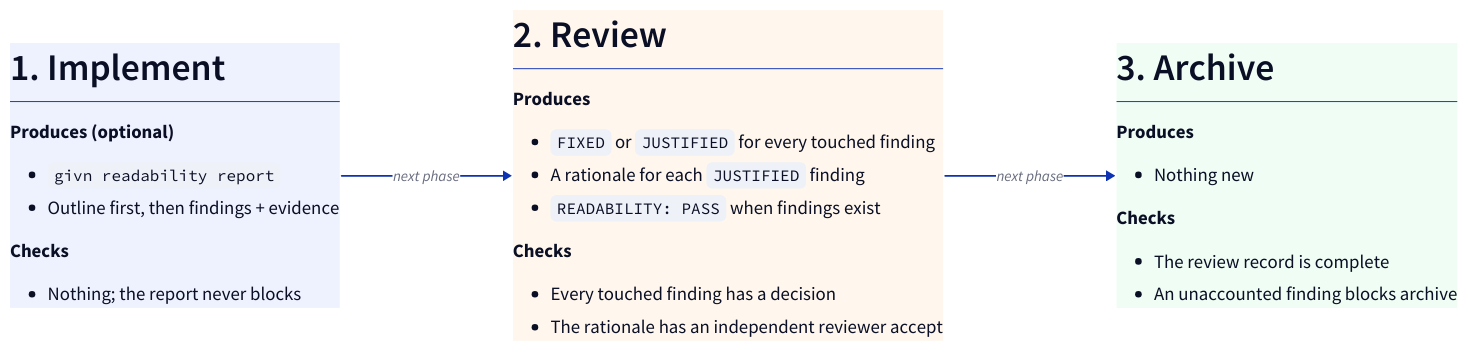
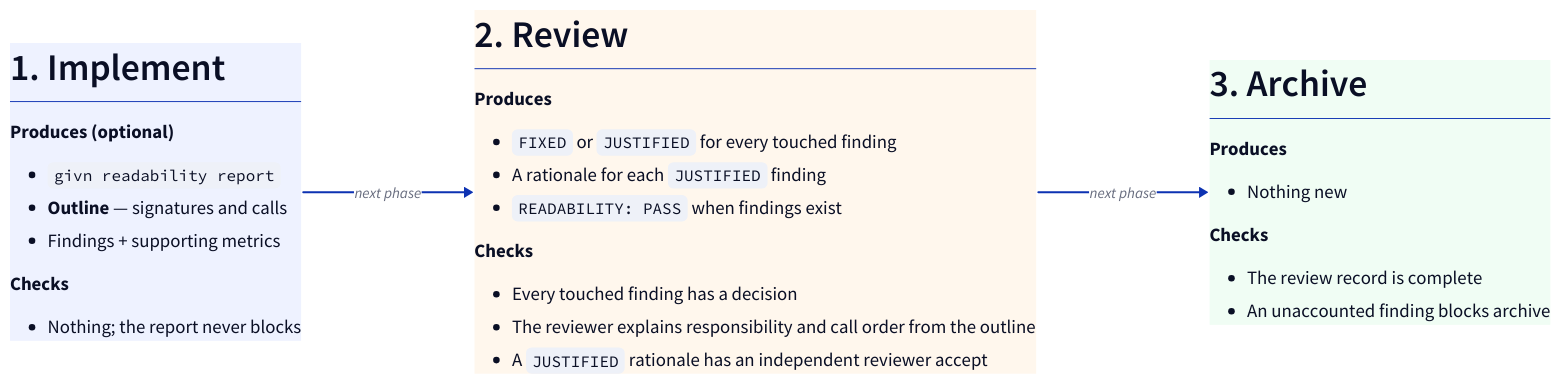
The diagram in docs/readability-workflow.d2 (buster/givn), drawn with D2 before and after one commit. The commit also changed 3 other files, not shown here.

```diff
--- a/docs/readability-workflow.d2
+++ b/docs/readability-workflow.d2
@@ -1,61 +1,63 @@
 direction: right
 
 
 implement: |md
   # 1. Implement
 
   **Produces (optional)**
 
   - `givn readability report`
-  - Outline first, then findings + evidence
+  - **Outline** — signatures and calls
+  - Findings + supporting metrics
 
   **Checks**
 
   - Nothing; the report never blocks
 | {
   style.fill: "#eef2ff"
   style.stroke: "#4f46e5"
   style.border-radius: 10
   style.font-size: 20
 }
 
 review: |md
   # 2. Review
 
   **Produces**
 
   - `FIXED` or `JUSTIFIED` for every touched finding
   - A rationale for each `JUSTIFIED` finding
   - `READABILITY: PASS` when findings exist
 
   **Checks**
 
   - Every touched finding has a decision
-  - The rationale has an independent reviewer accept
+  - The reviewer explains responsibility and call order from the outline
+  - A `JUSTIFIED` rationale has an independent reviewer accept
 | {
   style.fill: "#fff7ed"
   style.stroke: "#ea580c"
   style.border-radius: 10
   style.font-size: 20
 }
 
 archive: |md
   # 3. Archive
 
   **Produces**
 
   - Nothing new
 
   **Checks**
 
   - The review record is complete
   - An unaccounted finding blocks archive
 | {
   style.fill: "#f0fdf4"
   style.stroke: "#16a34a"
   style.border-radius: 10
   style.font-size: 20
 }
 
 implement -> review: "next phase"
 review -> archive: "next phase"
```
